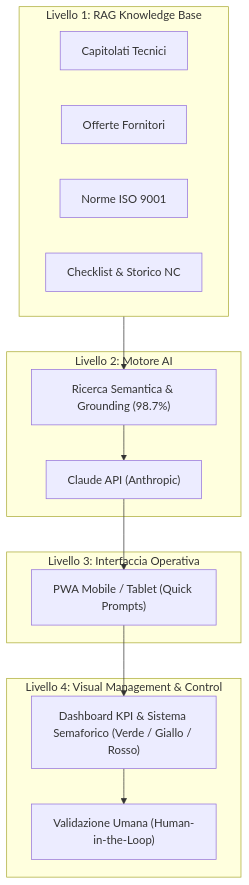
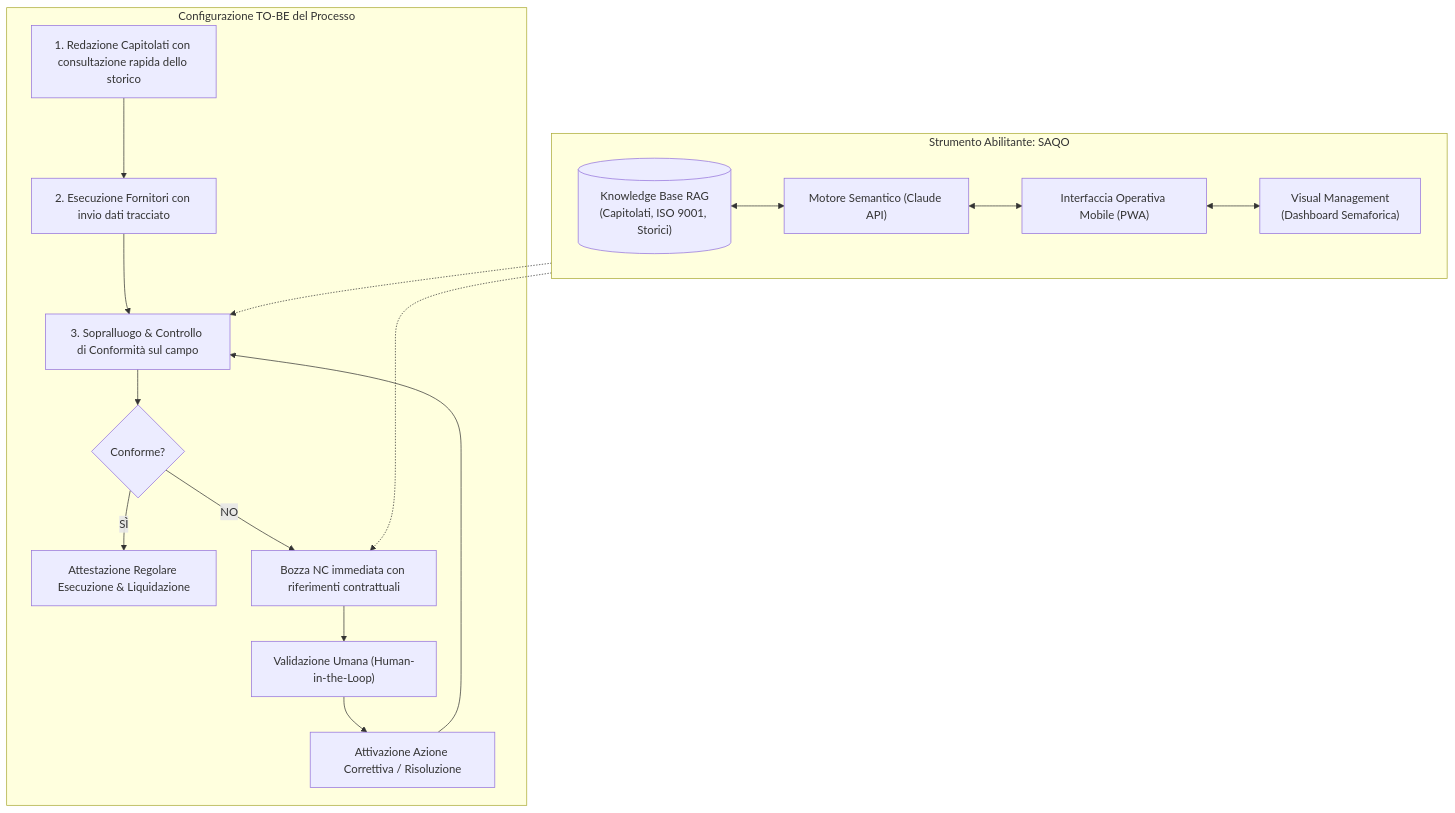
One commit to salvatoredeg-create/BPR-Processo-qualit-fondazione-unisa changed the diagram in README.md. Above: the diagram before and after it, drawn with Mermaid. The commit also changed other lines of this file, not shown here.

````diff
--- a/README.md
+++ b/README.md
@@ -68,29 +147,24 @@
 ```mermaid
 flowchart TD
-    subgraph L1["Livello 1: RAG Knowledge Base"]
-        D1["Capitolati Tecnici"]
-        D2["Offerte Fornitori"]
-        D3["Norme ISO 9001"]
-        D4["Checklist & Storico NC"]
+    subgraph TOBE["Configurazione TO-BE del Processo"]
+        A["1. Redazione Capitolati con consultazione rapida dello storico"] --> B["2. Esecuzione Fornitori con invio dati tracciato"]
+        B --> C["3. Sopralluogo & Controllo di Conformità sul campo"]
+        C --> D{"Conforme?"}
+        D -- SÌ --> E["Attestazione Regolare Esecuzione & Liquidazione"]
+        D -- NO --> F["Bozza NC immediata con riferimenti contrattuali"]
+        F --> G["Validazione Umana (Human-in-the-Loop)"]
+        G --> H["Attivazione Azione Correttiva / Risoluzione"]
+        H --> C
     end
 
-    subgraph L2["Livello 2: Motore AI"]
-        API["Claude API (Anthropic)"]
-        RAG["Ricerca Semantica & Grounding (98.7%)"]
+    subgraph SAQO_TOOL["Strumento Abilitante: SAQO"]
+        KB[("Knowledge Base RAG\n(Capitolati, ISO 9001, Storici)")]
+        AI["Motore Semantico (Claude API)"]
+        UI["Interfaccia Operativa Mobile (PWA)"]
+        VM["Visual Management\n(Dashboard Semaforica)"]
+        KB <--> AI <--> UI <--> VM
     end
 
-    subgraph L3["Livello 3: Interfaccia Operativa"]
-        PWA["PWA Mobile / Tablet (Quick Prompts)"]
-    end
-
-    subgraph L4["Livello 4: Visual Management & Control"]
-        DASH["Dashboard KPI & Sistema Semaforico (Verde / Giallo / Rosso)"]
-        HITL["Validazione Umana (Human-in-the-Loop)"]
-    end
-
-    L1 --> RAG
-    RAG --> API
-    API --> PWA
-    PWA --> DASH
-    DASH --> HITL
+    SAQO_TOOL -.-> C
+    SAQO_TOOL -.-> F
 ```
````
